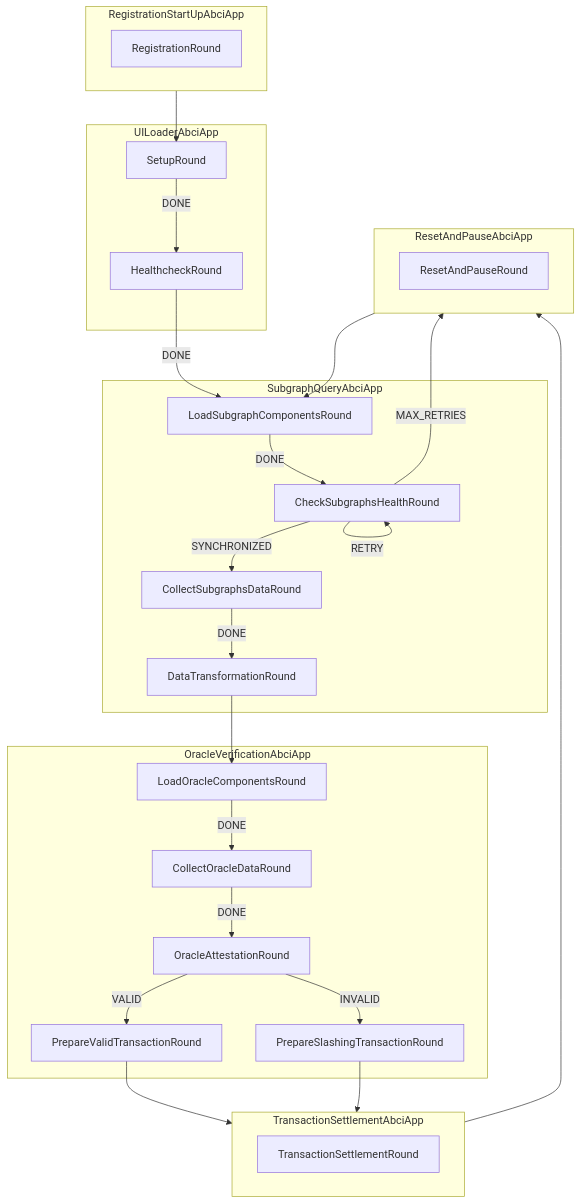
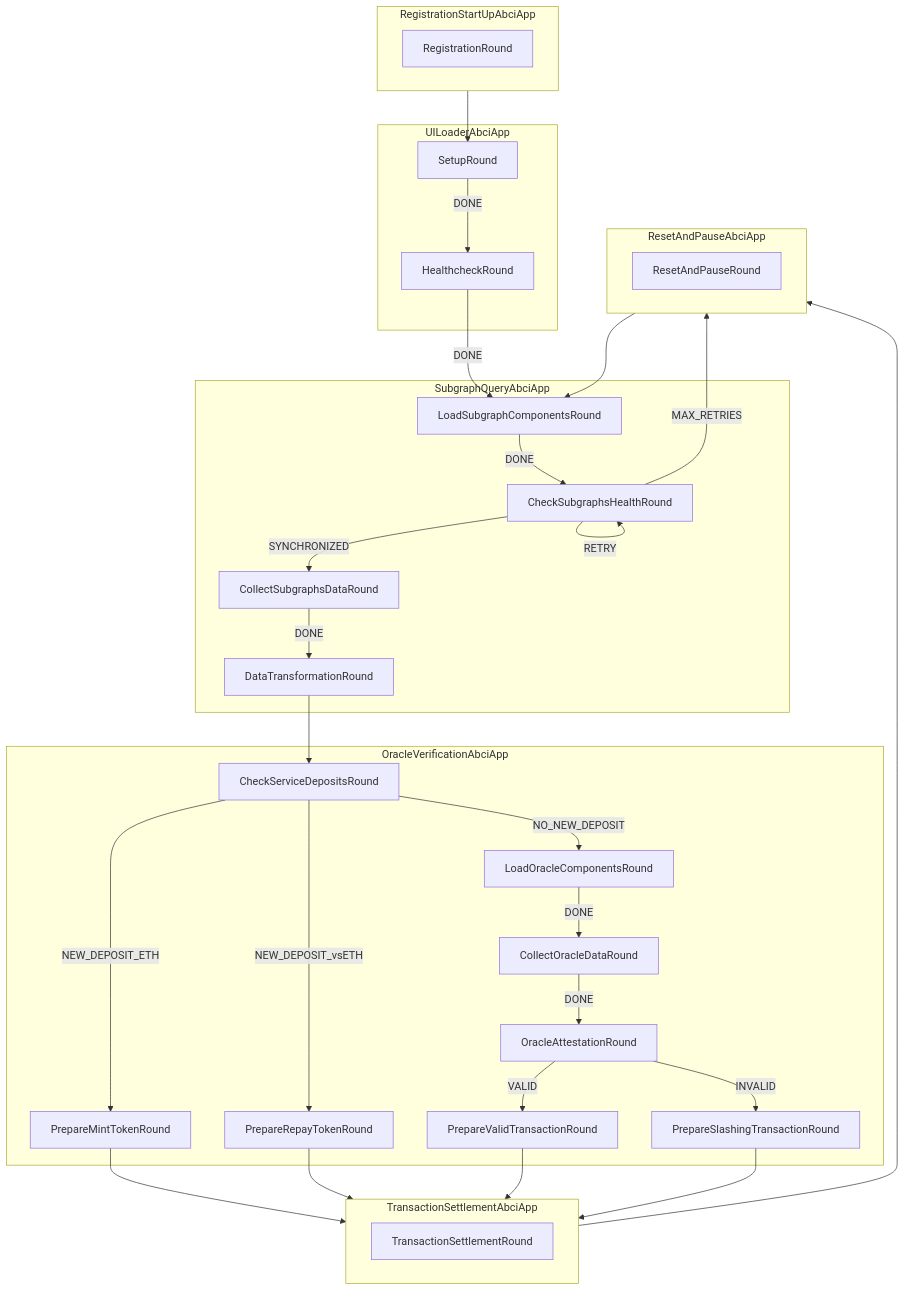
The diagram in README.md (Karrenbelt/verification-station), drawn with Mermaid before and after one commit. The commit also changed 1 other file, not shown here.

Commit message:
docs: update mermaid in README.md

````diff
--- a/README.md
+++ b/README.md
@@ -33,46 +33,53 @@
 ```mermaid
 graph TB
 
     subgraph "RegistrationStartUpAbciApp"
        RegistrationRound
     end
 
     subgraph "UILoaderAbciApp"
         SetupRound -->|DONE| HealthcheckRound
         %% HealthcheckRound -->|DONE| DoneRound  % FinalDegenerateRound
     end
 
     subgraph "SubgraphQueryAbciApp"
         LoadSubgraphComponentsRound -->|DONE| CheckSubgraphsHealthRound
         CheckSubgraphsHealthRound -->|SYNCHRONIZED| CollectSubgraphsDataRound
         CheckSubgraphsHealthRound -->|RETRY| CheckSubgraphsHealthRound
         CollectSubgraphsDataRound -->|DONE| DataTransformationRound
         %% DataTransformationRound --> FinalSubgraphRound  % FinalDegenerateRound
     end
 
     subgraph "OracleVerificationAbciApp"
+        CheckServiceDepositsRound --> |NEW_DEPOSIT_vsETH| PrepareRepayTokenRound
+        CheckServiceDepositsRound --> |NEW_DEPOSIT_ETH| PrepareMintTokenRound
+        CheckServiceDepositsRound --> |NO_NEW_DEPOSIT| LoadOracleComponentsRound
         LoadOracleComponentsRound -->|DONE| CollectOracleDataRound
         CollectOracleDataRound -->|DONE| OracleAttestationRound
         OracleAttestationRound -->|VALID| PrepareValidTransactionRound
         OracleAttestationRound -->|INVALID| PrepareSlashingTransactionRound
+        %% RepayLiquidStakingTokenRound --> |TX| FinalizedTransactionPreparationRound  % FinalDegenerateRound
+        %% RepayLiquidStakingTokenRound --> |TX| FinalizedTransactionPreparationRound  % FinalDegenerateRound
         %% PrepareValidTransactionRound --> FinalizedTransactionPreparationRound  % FinalDegenerateRound
         %% PrepareSlashingTransactionRound --> FinalizedTransactionPreparationRound  % FinalDegenerateRound
     end
 
     subgraph "TransactionSettlementAbciApp"
        TransactionSettlementRound
     end
 
     subgraph "ResetAndPauseAbciApp"
        ResetAndPauseRound
     end
 
     RegistrationStartUpAbciApp --> SetupRound
     HealthcheckRound -->|DONE| LoadSubgraphComponentsRound
-    DataTransformationRound --> LoadOracleComponentsRound
+    DataTransformationRound --> CheckServiceDepositsRound
     CheckSubgraphsHealthRound -->|MAX_RETRIES| ResetAndPauseAbciApp
+    PrepareMintTokenRound --> TransactionSettlementAbciApp
+    PrepareRepayTokenRound --> TransactionSettlementAbciApp
     PrepareValidTransactionRound --> TransactionSettlementAbciApp
     PrepareSlashingTransactionRound --> TransactionSettlementAbciApp
     TransactionSettlementAbciApp --> ResetAndPauseAbciApp
     ResetAndPauseAbciApp --> LoadSubgraphComponentsRound
 ```
````
